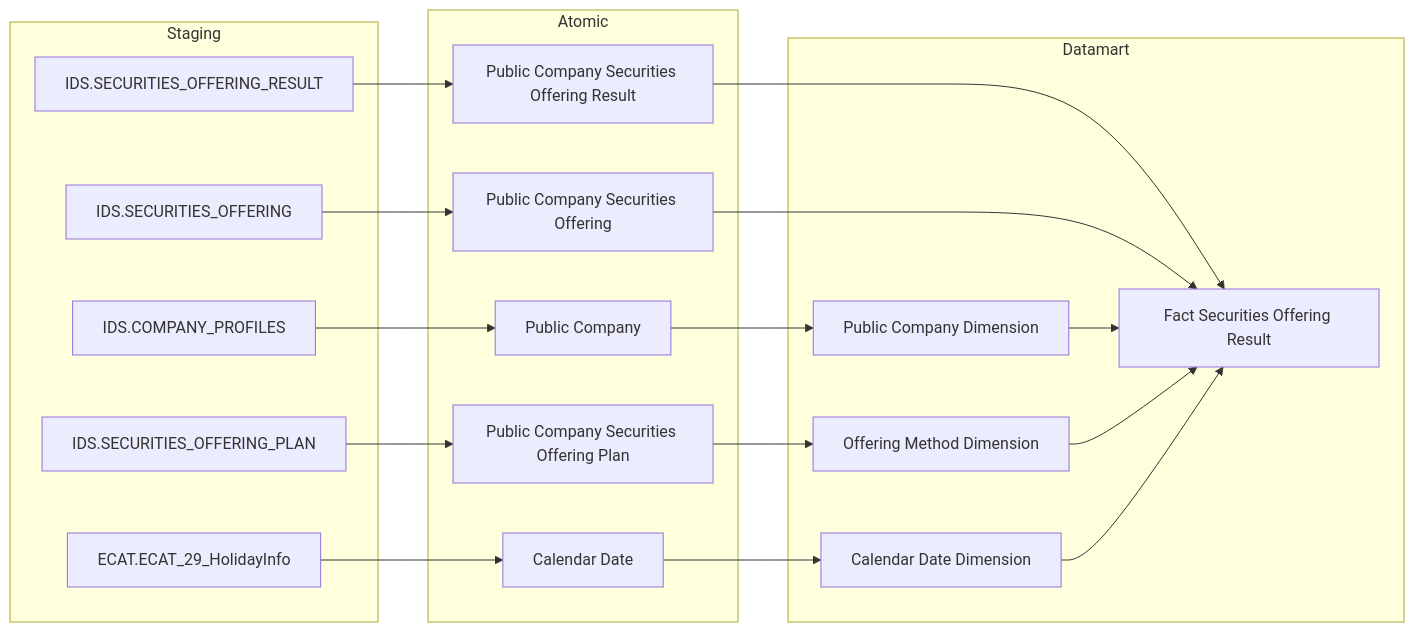
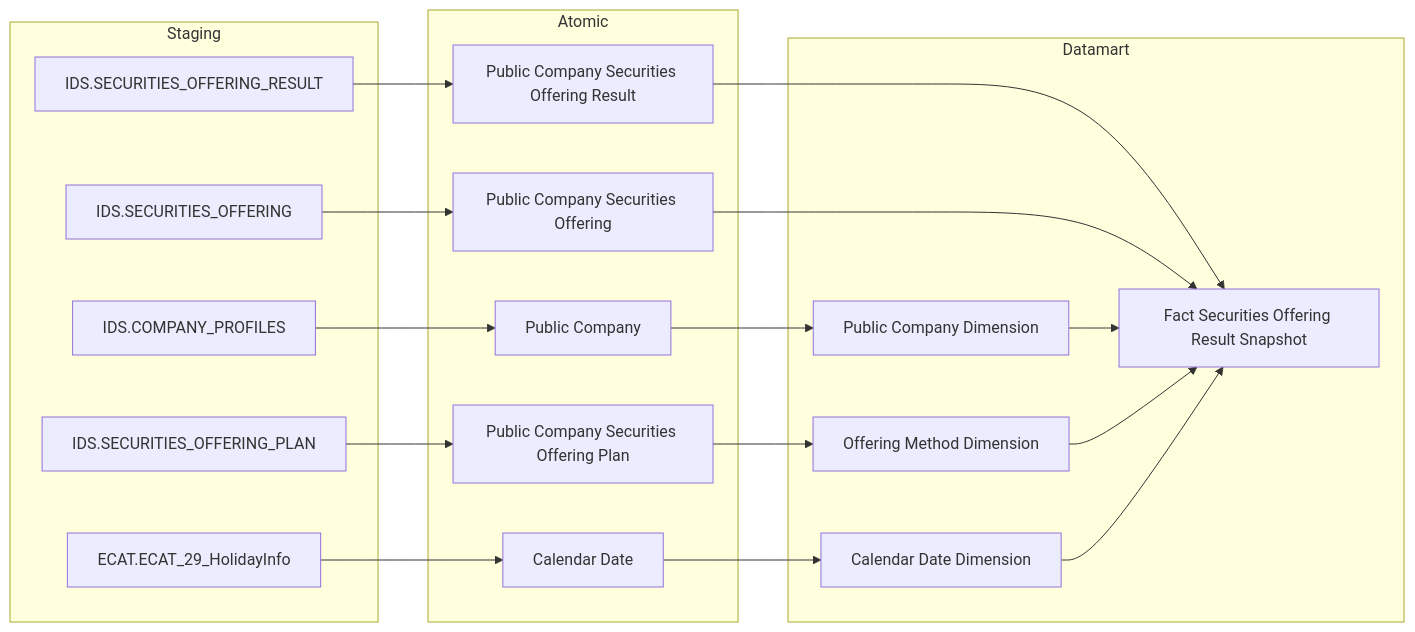
One commit to linhlvit/ubck_atomic_design changed the third of 22 diagrams in Datamart/hld/DTM_QLCB_HLD.md. Above: the diagram before and after it, drawn with Mermaid. The commit also changed other lines of this file and 70 other files, not shown here.

````diff
--- a/Datamart/hld/DTM_QLCB_HLD.md
+++ b/Datamart/hld/DTM_QLCB_HLD.md
@@ -120,41 +120,41 @@
 ```mermaid
 flowchart LR
     subgraph SRC["Staging"]
         IDS_SECURITIES_OFFERING["IDS.SECURITIES_OFFERING"]
         IDS_SECURITIES_OFFERING_RESULT["IDS.SECURITIES_OFFERING_RESULT"]
         IDS_SECURITIES_OFFERING_PLAN["IDS.SECURITIES_OFFERING_PLAN"]
         IDS_COMPANY_PROFILES["IDS.COMPANY_PROFILES"]
         ECAT_ECAT_29_HolidayInfo["ECAT.ECAT_29_HolidayInfo"]
     end
 
     subgraph SIL["Atomic"]
         Public_Company_Securities_Offering["Public Company Securities Offering"]
         Public_Company_Securities_Offering_Result["Public Company Securities Offering Result"]
         Public_Company_Securities_Offering_Plan["Public Company Securities Offering Plan"]
         Public_Company["Public Company"]
         Calendar_Date["Calendar Date"]
     end
 
     subgraph GOLD["Datamart"]
-        fct_securities_offering_result["Fact Securities Offering Result"]
+        fct_securities_offering_result_snpst["Fact Securities Offering Result Snapshot"]
         public_company_dim["Public Company Dimension"]
         offering_method_dim["Offering Method Dimension"]
         cdr_dt_dim["Calendar Date Dimension"]
     end
 
     IDS_SECURITIES_OFFERING --> Public_Company_Securities_Offering
     IDS_SECURITIES_OFFERING_RESULT --> Public_Company_Securities_Offering_Result
     IDS_SECURITIES_OFFERING_PLAN --> Public_Company_Securities_Offering_Plan
     IDS_COMPANY_PROFILES --> Public_Company
     ECAT_ECAT_29_HolidayInfo --> Calendar_Date
 
-    Public_Company_Securities_Offering_Result --> fct_securities_offering_result
-    Public_Company_Securities_Offering --> fct_securities_offering_result
+    Public_Company_Securities_Offering_Result --> fct_securities_offering_result_snpst
+    Public_Company_Securities_Offering --> fct_securities_offering_result_snpst
     Public_Company --> public_company_dim
     Public_Company_Securities_Offering_Plan --> offering_method_dim
     Calendar_Date --> cdr_dt_dim
 
-    public_company_dim --> fct_securities_offering_result
-    offering_method_dim --> fct_securities_offering_result
-    cdr_dt_dim --> fct_securities_offering_result
+    public_company_dim --> fct_securities_offering_result_snpst
+    offering_method_dim --> fct_securities_offering_result_snpst
+    cdr_dt_dim --> fct_securities_offering_result_snpst
 ```
````
